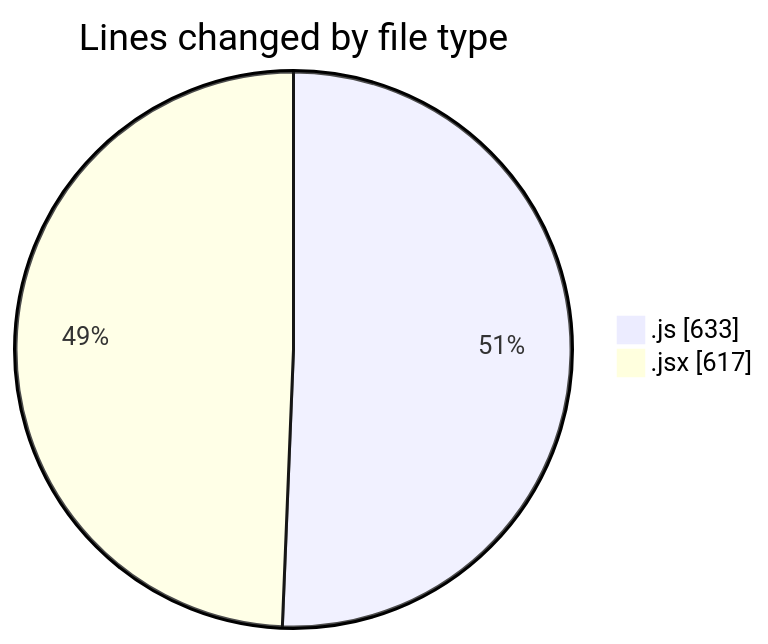
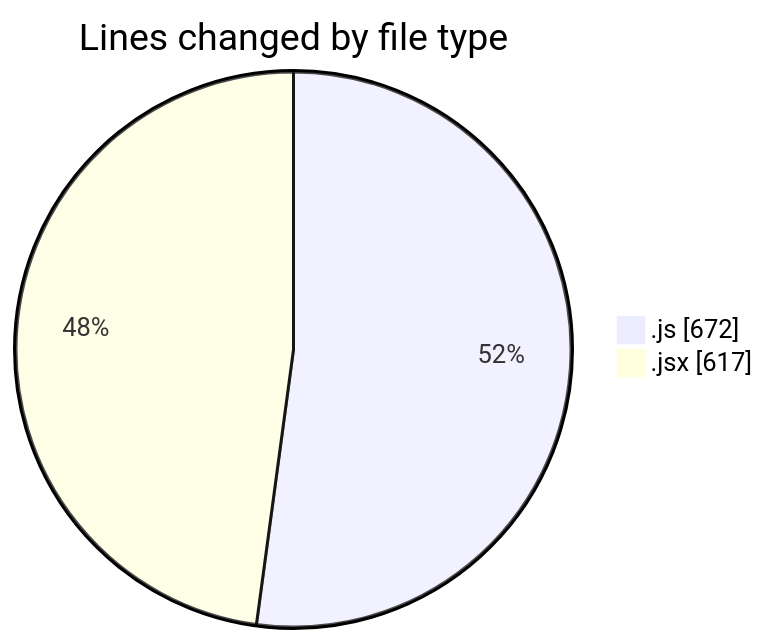
Before and after one commit to nxtqubesakshisongat/code-tracking: the first of 2 diagrams in 2025-05-31/nxtqube_webapp/README.md, drawn with Mermaid. The commit also changed other lines of this file and 1 other file, not shown here.

````diff
--- a/2025-05-31/nxtqube_webapp/README.md
+++ b/2025-05-31/nxtqube_webapp/README.md
@@ -26,6 +26,6 @@
 ```mermaid
 pie showData
 title Lines changed by file type
-".js" : 633
+".js" : 672
 ".jsx" : 617
 ```
````
